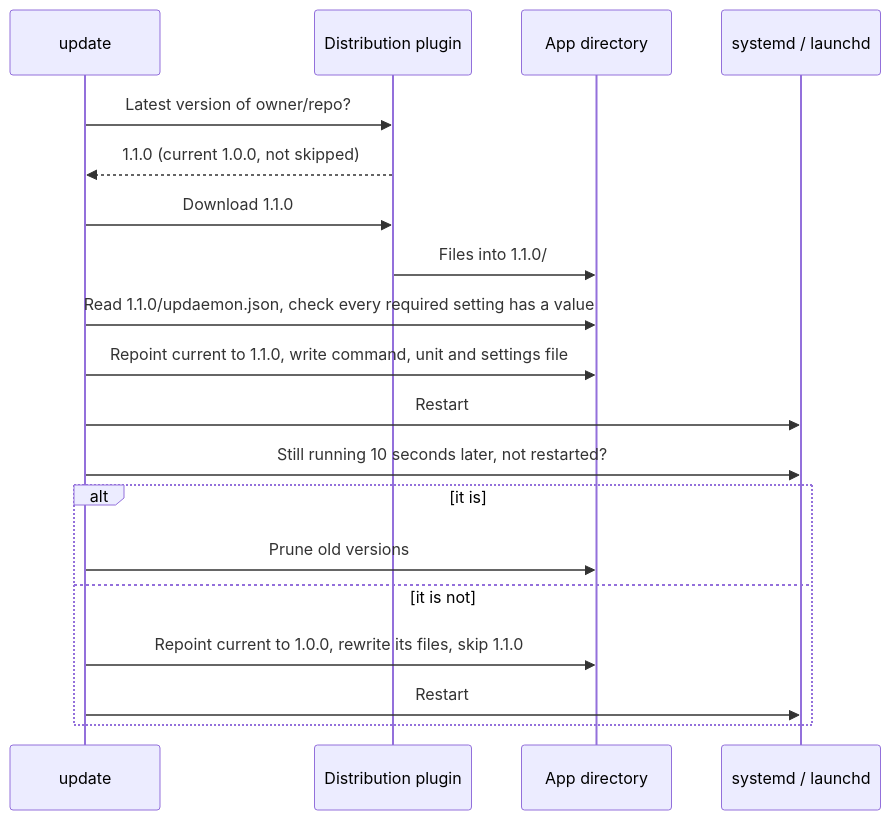
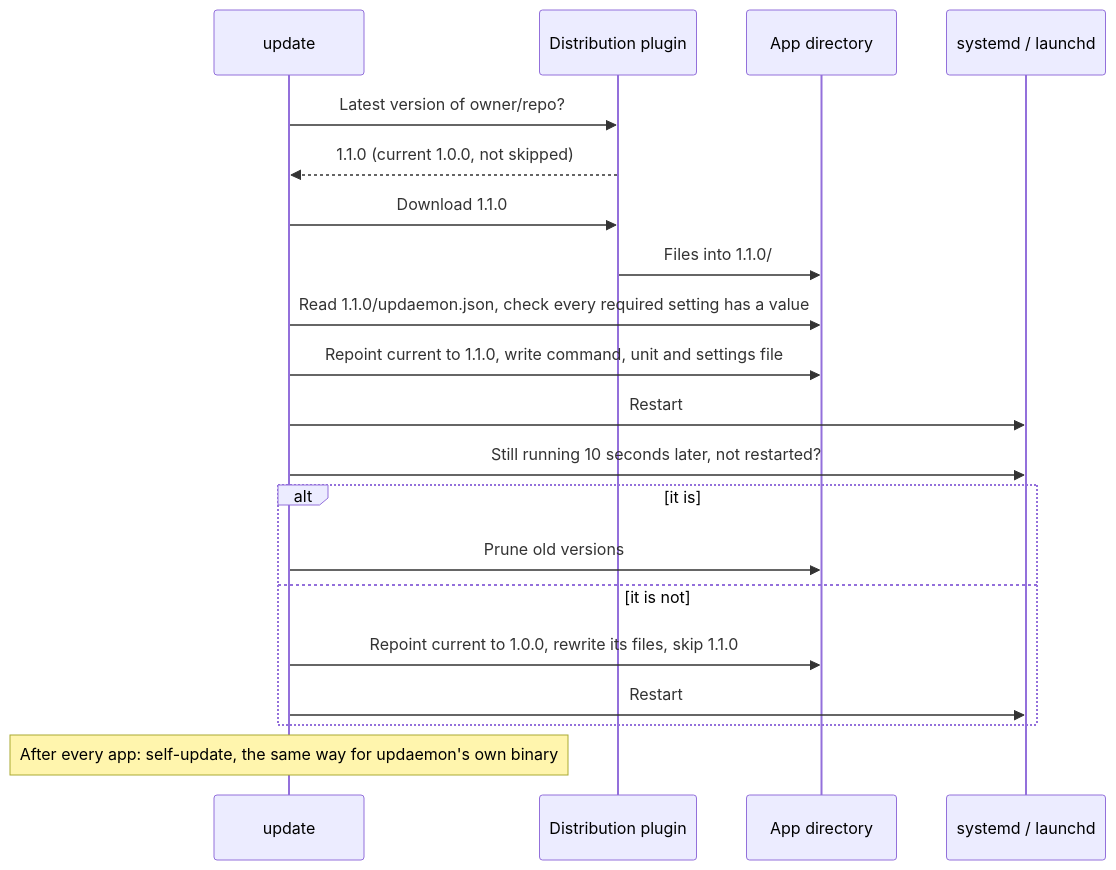
One commit to AdamTovatt/updaemon changed the second of 5 diagrams in README.md. Above: the diagram before and after it, drawn with Mermaid. The commit also changed other lines of this file and 54 other files, not shown here.

````diff
--- a/README.md
+++ b/README.md
@@ -520,22 +541,23 @@
 ```mermaid
 sequenceDiagram
     participant Update as update
     participant Plugin as Distribution plugin
     participant Disk as App directory
     participant Manager as systemd / launchd
 
     Update->>Plugin: Latest version of owner/repo?
     Plugin-->>Update: 1.1.0 (current 1.0.0, not skipped)
     Update->>Plugin: Download 1.1.0
     Plugin->>Disk: Files into 1.1.0/
     Update->>Disk: Read 1.1.0/updaemon.json, check every required setting has a value
     Update->>Disk: Repoint current to 1.1.0, write command, unit and settings file
     Update->>Manager: Restart
     Update->>Manager: Still running 10 seconds later, not restarted?
     alt it is
         Update->>Disk: Prune old versions
     else it is not
         Update->>Disk: Repoint current to 1.0.0, rewrite its files, skip 1.1.0
         Update->>Manager: Restart
     end
+    Note over Update: After every app: self-update, the same way for updaemon's own binary
 ```
````
